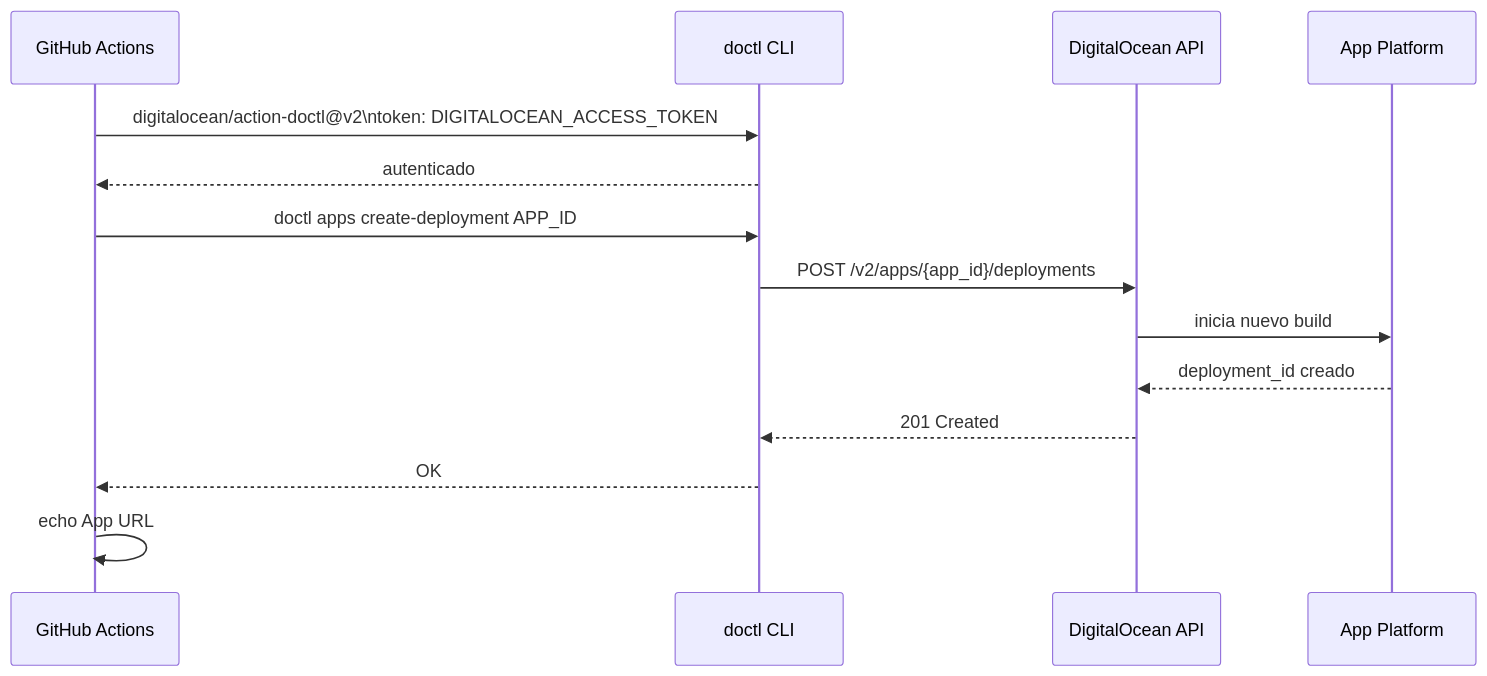
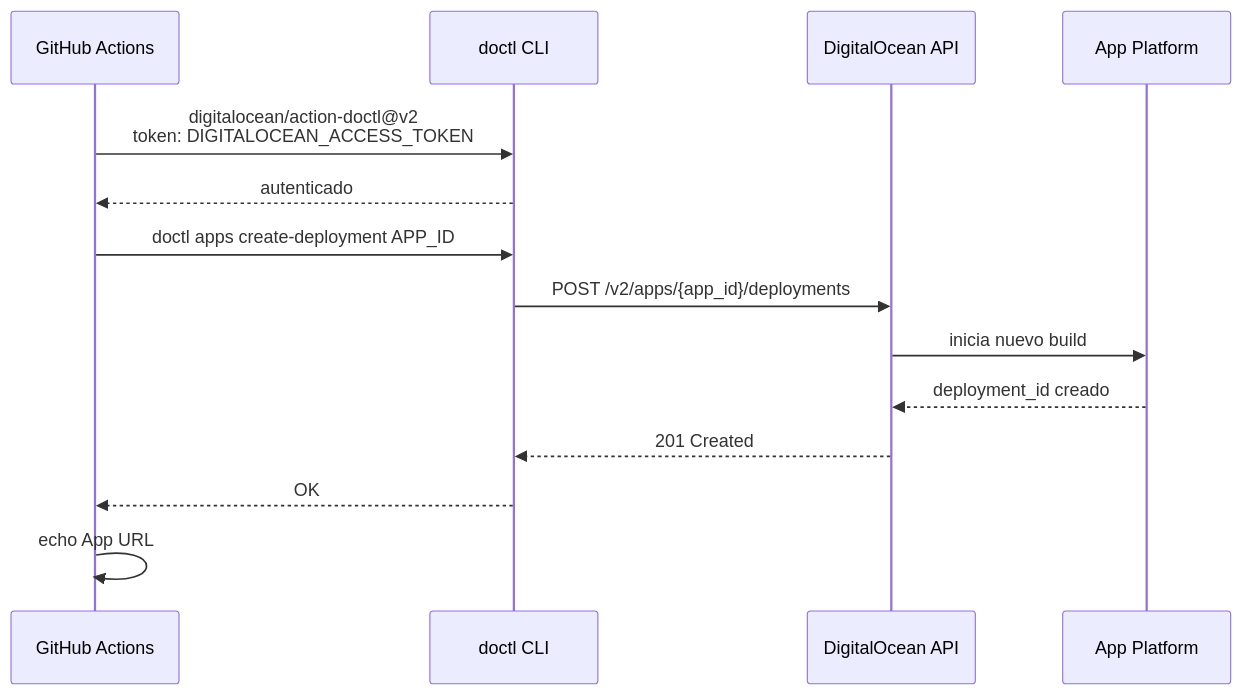
One commit to JavierArriagada/SAG-Mill-Degradation-Monitor changed the seventh of 9 diagrams in docs/cicd.md. Above: the diagram before and after it, drawn with Mermaid. The commit also changed other lines of this file and 3 other files, not shown here.

Commit message:
docs: improve mermaid diagram formatting for better readability

````diff
--- a/docs/cicd.md
+++ b/docs/cicd.md
@@ -149,19 +149,19 @@
 ```mermaid
 sequenceDiagram
     participant GHA as GitHub Actions
     participant DOCTL as doctl CLI
     participant DO as DigitalOcean API
     participant APP as App Platform
 
-    GHA->>DOCTL: digitalocean/action-doctl@v2\ntoken: DIGITALOCEAN_ACCESS_TOKEN
+    GHA->>DOCTL: digitalocean/action-doctl@v2<br>token: DIGITALOCEAN_ACCESS_TOKEN
     DOCTL-->>GHA: autenticado
 
     GHA->>DOCTL: doctl apps create-deployment APP_ID
     DOCTL->>DO: POST /v2/apps/{app_id}/deployments
     DO->>APP: inicia nuevo build
     APP-->>DO: deployment_id creado
     DO-->>DOCTL: 201 Created
     DOCTL-->>GHA: OK
 
     GHA->>GHA: echo App URL
 ```
````
